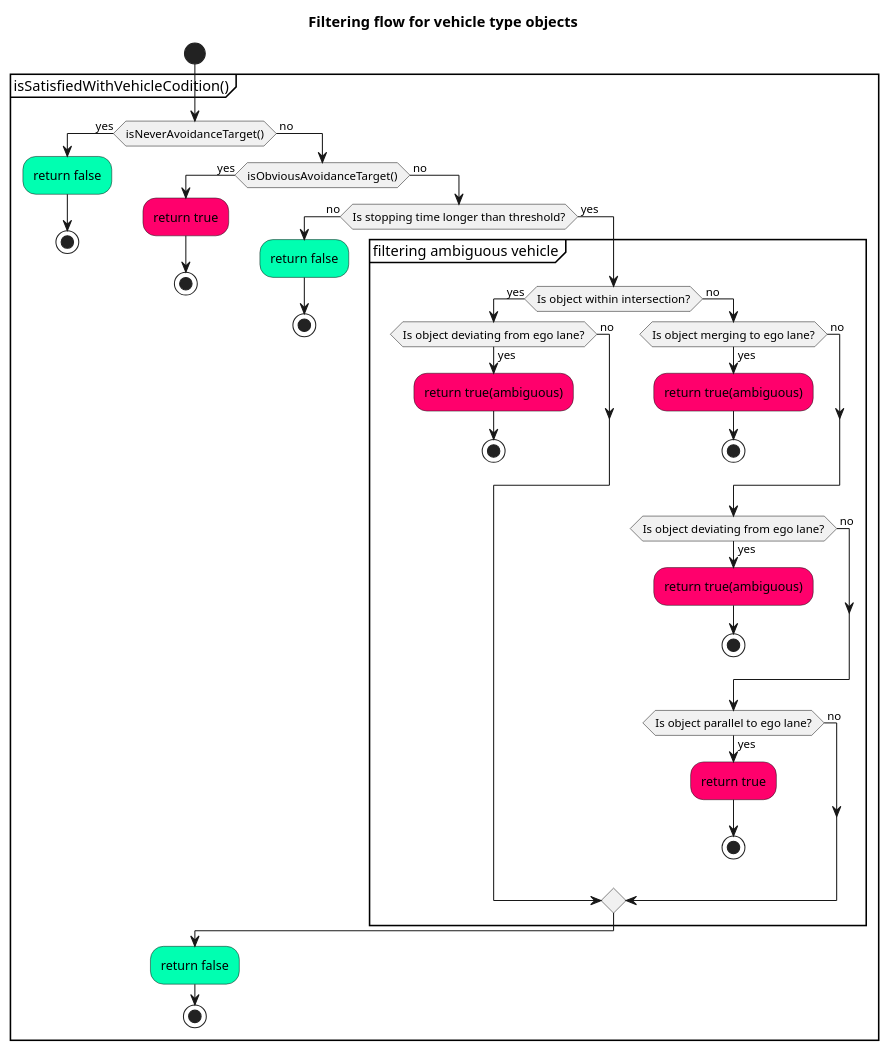
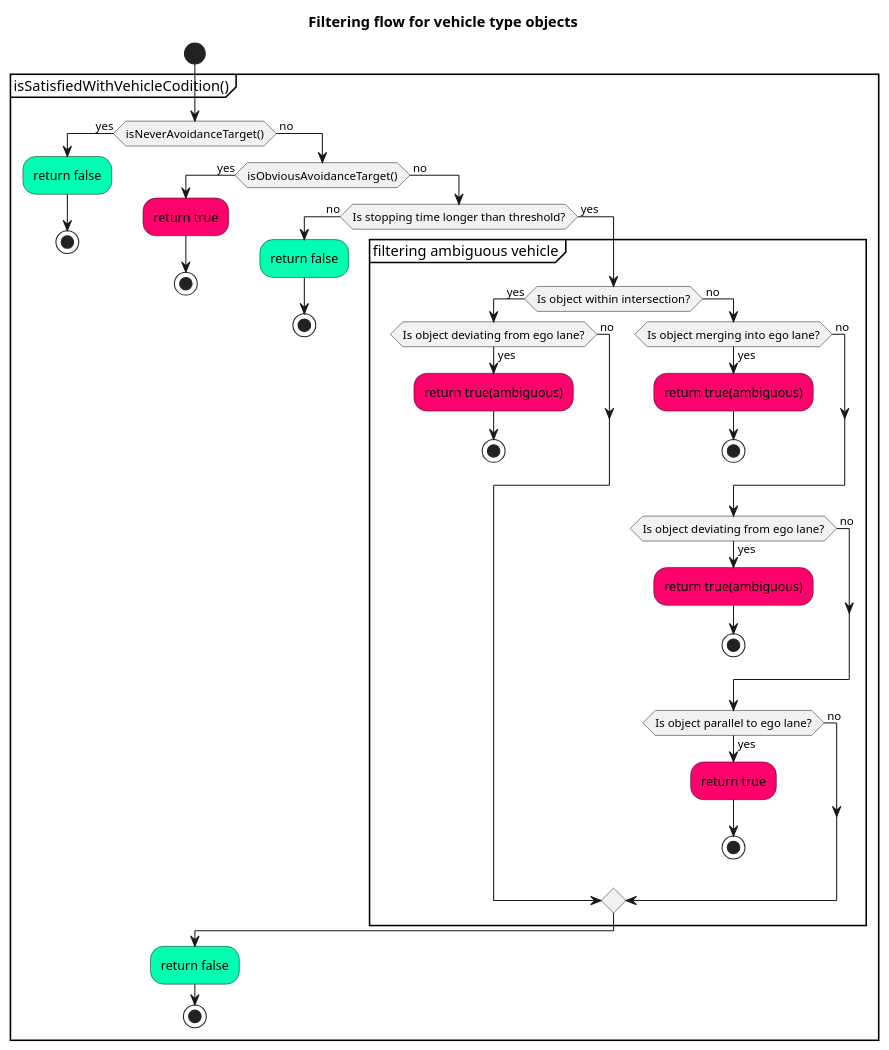
The fifth of 9 diagrams in planning/behavior_path_planner/autoware_behavior_path_static_obstacle_avoidance_module/README.md (autowarefoundation/autoware), drawn with PlantUML before and after one commit. The commit also changed other lines of this file and 1 other file, not shown here.

````diff
--- a/planning/behavior_path_planner/autoware_behavior_path_static_obstacle_avoidance_module/README.md
+++ b/planning/behavior_path_planner/autoware_behavior_path_static_obstacle_avoidance_module/README.md
@@ -492,63 +492,63 @@
 ```plantuml
 @startuml
 skinparam defaultTextAlignment center
 skinparam noteTextAlignment left
 
 title Filtering flow for vehicle type objects
 start
 
 partition isSatisfiedWithVehicleCodition() {
 if(isNeverAvoidanceTarget()) then (yes)
 #00FFB1 :return false;
 stop
 else (\n no)
 
 if(isObviousAvoidanceTarget()) then (yes)
 #FF006C :return true;
 stop
 else (\n no)
 
 if(Is stopping time longer than threshold?) then (no)
 #00FFB1 :return false;
 stop
 else (\n yes)
 
 partition filtering ambiguous vehicle {
 if(Is object within intersection?) then (yes)
 if(Is object deviating from ego lane?) then (yes)
 #FF006C :return true(ambiguous);
 stop
 else (\n no)
 endif
 else (\n no)
 
-if(Is object merging to ego lane?) then (yes)
+if(Is object merging into ego lane?) then (yes)
 #FF006C :return true(ambiguous);
 stop
 else (\n no)
 endif
 
 if(Is object deviating from ego lane?) then (yes)
 #FF006C :return true(ambiguous);
 stop
 else (\n no)
 endif
 
 if(Is object parallel to ego lane?) then (yes)
 #FF006C :return true;
 stop
 else (\n no)
 endif
 
 endif
 }
 endif
 endif
 endif
 #00FFB1 :return false;
 stop
 }
 
 @enduml
 
 ```
````
